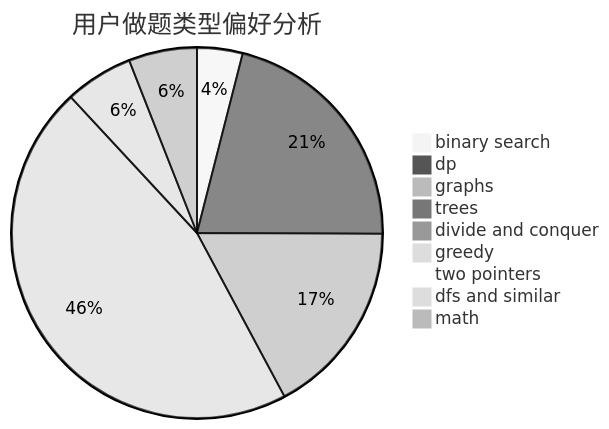
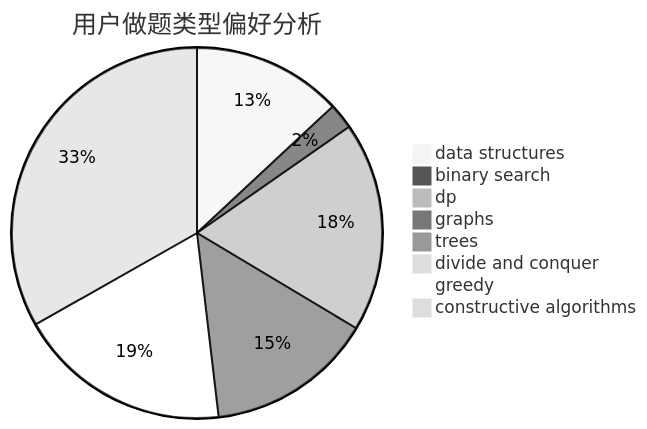
One commit to sherpahu/cfrs.github.io changed the second of 3 diagrams in docs/user/u2148.md. Above: the diagram before and after it, drawn with Mermaid (neutral theme). The commit also changed other lines of this file and 2775 other files, not shown here.

````diff
--- a/docs/user/u2148.md
+++ b/docs/user/u2148.md
@@ -23,12 +23,11 @@
 ```mermaid
 pie title 用户做题类型偏好分析
-    "binary search" :  16
-    "dp" :  85
-    "graphs" :  69
-    "trees" :  2
+    "data structures" :  35
+    "binary search" :  6
+    "dp" :  49
+    "graphs" :  39
+    "trees" :  0
     "divide and conquer" :  0
-    "greedy" :  185
-    "two pointers" :  0
-    "dfs and similar" :  24
-    "math" :  24
+    "greedy" :  50
+    "constructive algorithms" :  89
 ```
````
